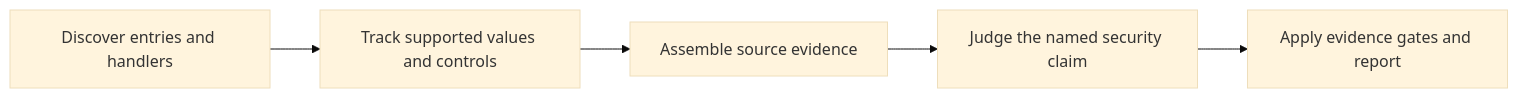
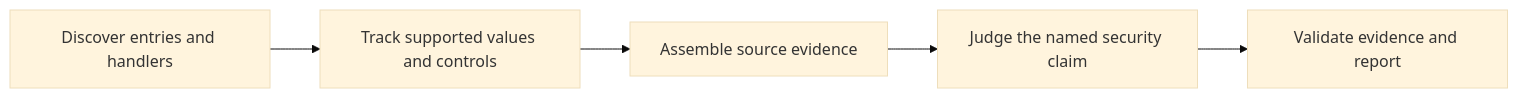
Before and after one commit to zazzcode/zazzles: the first of 2 diagrams in README.md, drawn with Mermaid (base theme). The commit also changed other lines of this file and 15 other files, not shown here.

````diff
--- a/README.md
+++ b/README.md
@@ -89,7 +91,7 @@
 ```mermaid
 flowchart LR
     A[Discover entries and handlers] --> B[Track supported values and controls]
     B --> C[Assemble source evidence]
     C --> D[Judge the named security claim]
-    D --> E[Apply evidence gates and report]
+    D --> E[Validate evidence and report]
 ```
````
